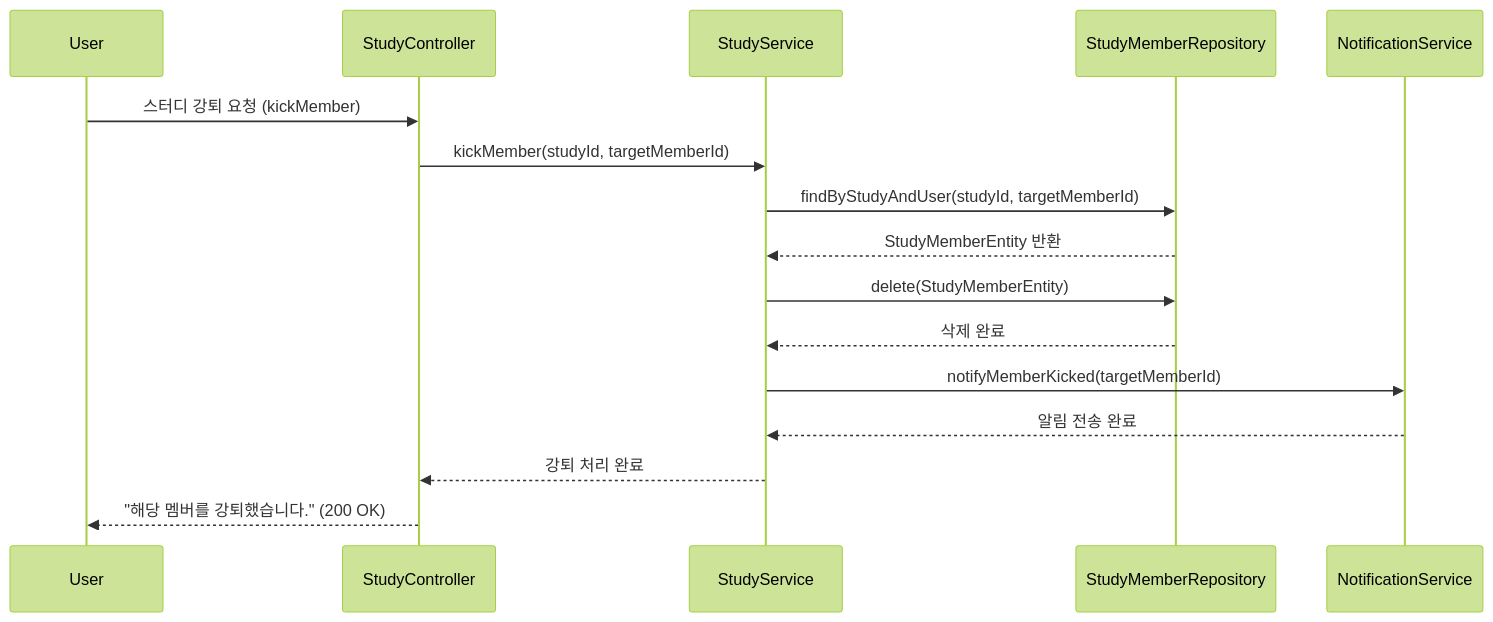
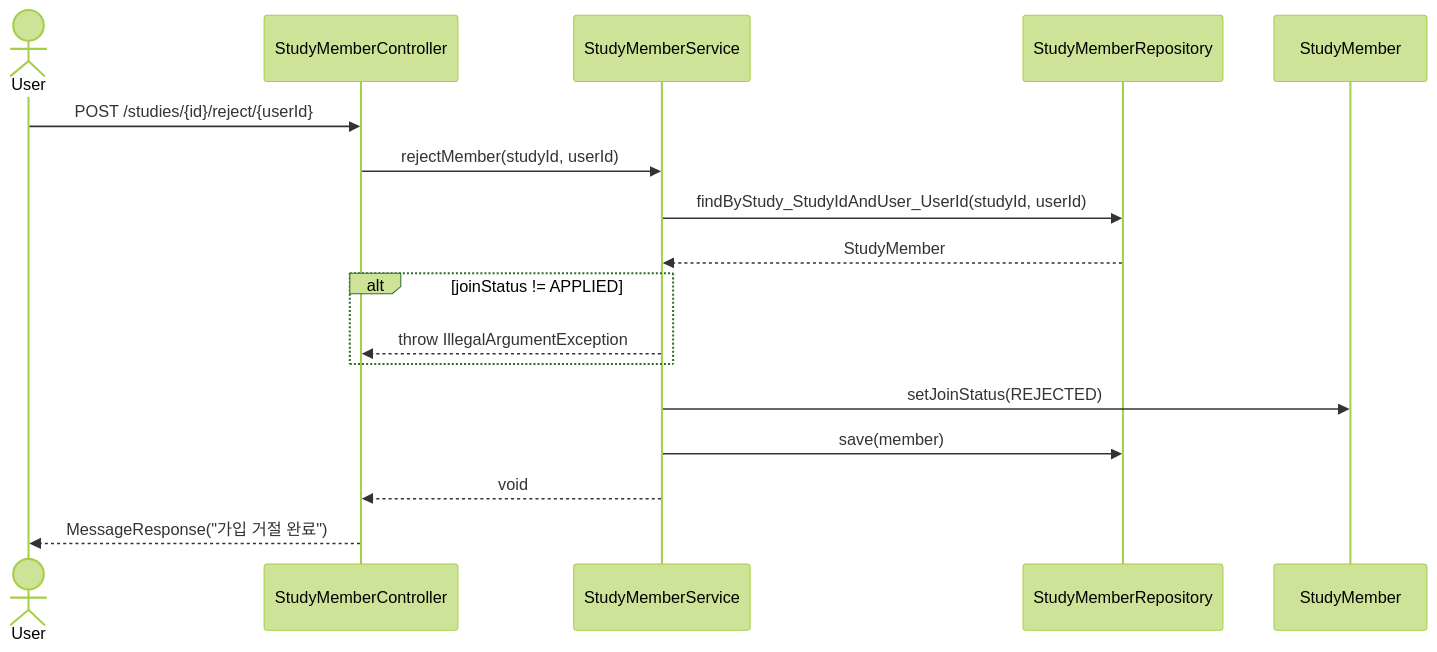
Before and after one commit to OHWCH/se_dev: diagram 22 of 47 in SDS_[깃라잡이].md, drawn with Mermaid (forest theme). The commit also changed other lines of this file, not shown here.

Commit message:
스터디 시퀀스 다이어그램

````diff
--- a/SDS_[깃라잡이].md
+++ b/SDS_[깃라잡이].md
@@ -5082,20 +5185,21 @@
 ```mermaid
 sequenceDiagram
-    participant User
-    participant StudyController
-    participant StudyService
-    participant StudyMemberRepository
-    participant NotificationService
+    actor User
+    User ->> StudyMemberController: POST /studies/{id}/reject/{userId}
 
-    User->>StudyController: 스터디 강퇴 요청 (kickMember)
-    StudyController->>StudyService: kickMember(studyId, targetMemberId)
-    StudyService->>StudyMemberRepository: findByStudyAndUser(studyId, targetMemberId)
-    StudyMemberRepository-->>StudyService: StudyMemberEntity 반환
-    StudyService->>StudyMemberRepository: delete(StudyMemberEntity)
-    StudyMemberRepository-->>StudyService: 삭제 완료
-    StudyService->>NotificationService: notifyMemberKicked(targetMemberId)
-    NotificationService-->>StudyService: 알림 전송 완료
-    StudyService-->>StudyController: 강퇴 처리 완료
-    StudyController-->>User: "해당 멤버를 강퇴했습니다." (200 OK)
+    StudyMemberController ->> StudyMemberService: rejectMember(studyId, userId)
+
+    StudyMemberService ->> StudyMemberRepository: findByStudy_StudyIdAndUser_UserId(studyId, userId)
+    StudyMemberRepository -->> StudyMemberService: StudyMember
+
+    alt joinStatus != APPLIED
+        StudyMemberService -->> StudyMemberController: throw IllegalArgumentException
+    end
+
+    StudyMemberService ->> StudyMember: setJoinStatus(REJECTED)
+    StudyMemberService ->> StudyMemberRepository: save(member)
+
+    StudyMemberService -->> StudyMemberController: void
+    StudyMemberController -->> User: MessageResponse("가입 거절 완료")
 
 ```
````
